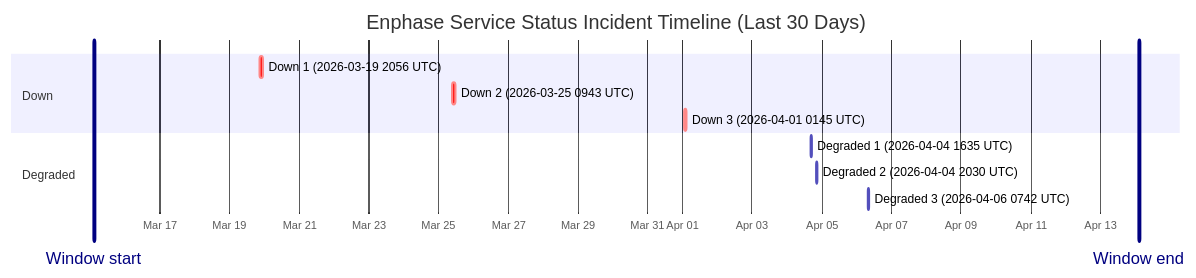
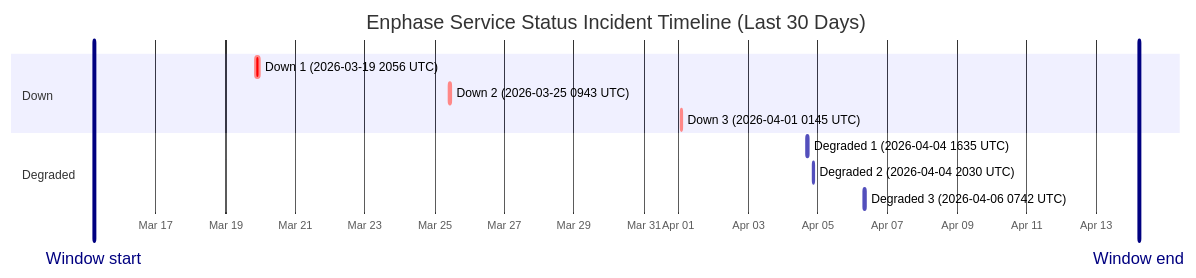
One commit to barneyonline/ha-enphase-ev-charger changed the diagram in wiki/Service-Status-History.md. Above: the diagram before and after it, drawn with Mermaid. The commit also changed other lines of this file and 3 other files, not shown here.

````diff
--- a/wiki/Service-Status-History.md
+++ b/wiki/Service-Status-History.md
@@ -14,16 +14,16 @@
 ```mermaid
 gantt
     title Enphase Service Status Incident Timeline (Last 30 Days)
     dateFormat  YYYY-MM-DDTHH:mm:ss
     axisFormat  %b %d
-    Window start :vert, window-start, 2026-03-15T02:29:57, 0ms
-    Window end :vert, window-end, 2026-04-14T02:29:57, 0ms
+    Window start :vert, window-start, 2026-03-15T05:11:04, 0ms
+    Window end :vert, window-end, 2026-04-14T05:11:04, 0ms
     section Down
     Down 1 (2026-03-19 2056 UTC) :crit, down-1, 2026-03-19T20:56:20, 145m
     Down 2 (2026-03-25 0943 UTC) :crit, down-2, 2026-03-25T09:43:28, 111m
     Down 3 (2026-04-01 0145 UTC) :crit, down-3, 2026-04-01T01:45:09, 60m
     section Degraded
     Degraded 1 (2026-04-04 1635 UTC) :active, degraded-1, 2026-04-04T16:35:17, 60m
     Degraded 2 (2026-04-04 2030 UTC) :active, degraded-2, 2026-04-04T20:30:40, 60m
     Degraded 3 (2026-04-06 0742 UTC) :active, degraded-3, 2026-04-06T07:42:09, 85m
 ```
````
